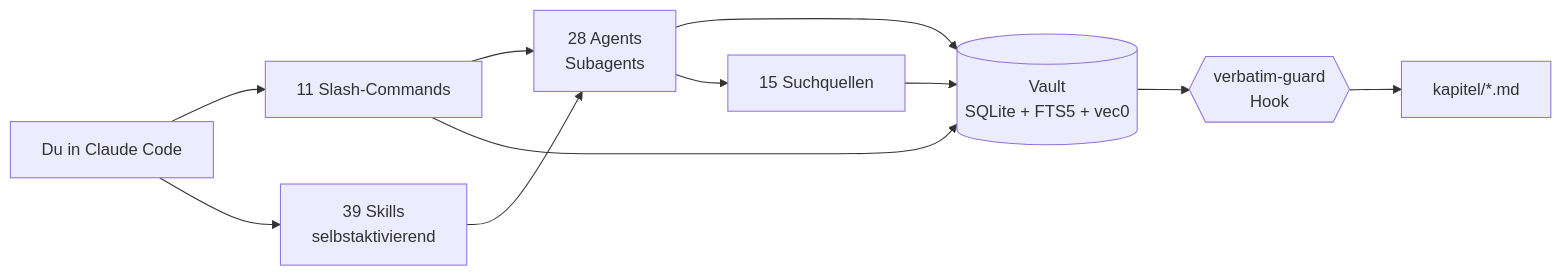
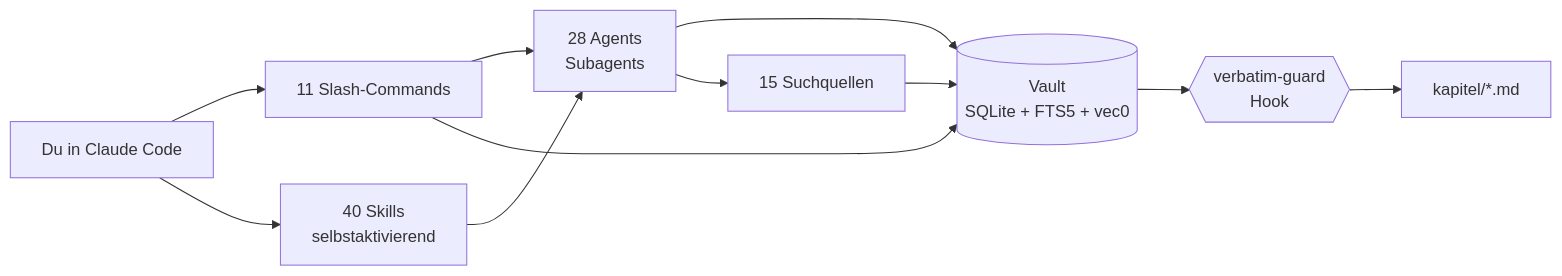
One commit to ahlerjam/academic-research changed the diagram in README.md. Above: the diagram before and after it, drawn with Mermaid. The commit also changed other lines of this file and 17 other files, not shown here.

````diff
--- a/README.md
+++ b/README.md
@@ -78,13 +78,13 @@
 ```mermaid
 graph LR
     U[Du in Claude Code] --> C[11 Slash-Commands]
-    U --> S[39 Skills<br/>selbstaktivierend]
+    U --> S[40 Skills<br/>selbstaktivierend]
     C --> A[28 Agents<br/>Subagents]
     S --> A
     A --> V[(Vault<br/>SQLite + FTS5 + vec0)]
     C --> V
     A --> Q[15 Suchquellen]
     Q --> V
     V --> H{{verbatim-guard<br/>Hook}}
     H --> K[kapitel/*.md]
 ```
````
